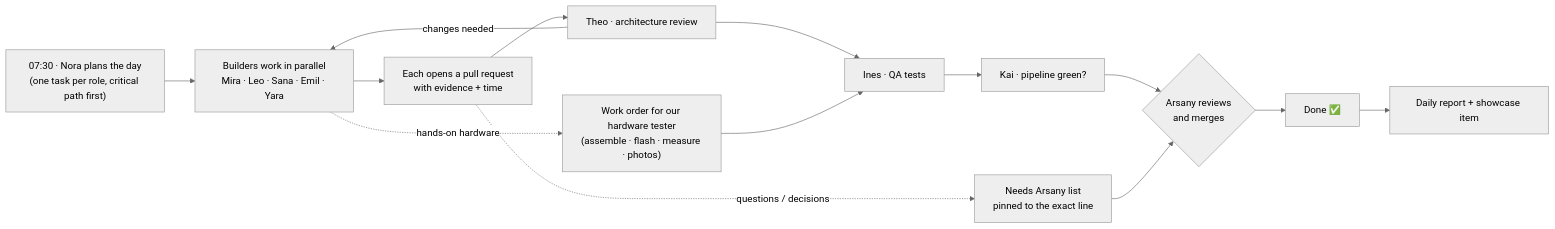
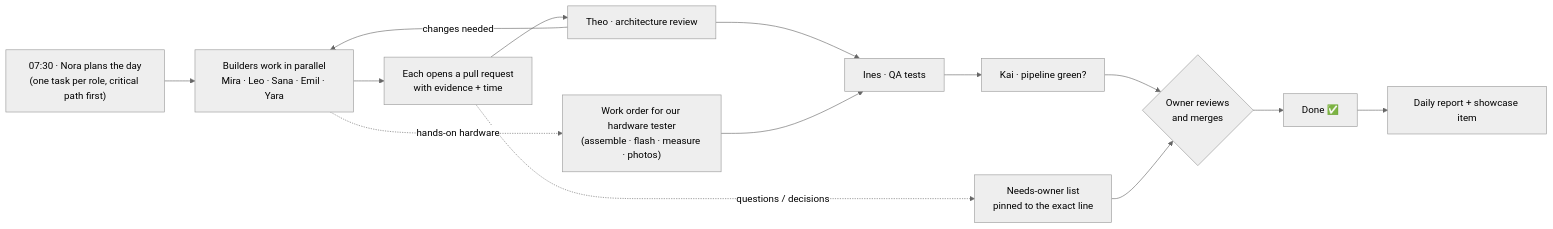
The first of 2 diagrams in showcase/workflow/team-workflow.md (nilwerk/nilwerk-lab), drawn with Mermaid (neutral theme) before and after one commit. The commit also changed other lines of this file and 3 other files, not shown here.

````diff
--- a/showcase/workflow/team-workflow.md
+++ b/showcase/workflow/team-workflow.md
@@ -26,16 +26,16 @@
 ```mermaid
 flowchart LR
   A["07:30 · Nora plans the day<br/>(one task per role, critical path first)"] --> B["Builders work in parallel<br/>Mira · Leo · Sana · Emil · Yara"]
   B --> C["Each opens a pull request<br/>with evidence + time"]
   C --> D["Theo · architecture review"]
   D -->|changes needed| B
   D --> E["Ines · QA tests"]
   E --> F["Kai · pipeline green?"]
-  F --> G{"Arsany reviews<br/>and merges"}
+  F --> G{"Owner reviews<br/>and merges"}
   G --> H["Done ✅"]
   B -. "hands-on hardware" .-> P["Work order for our hardware tester<br/>(assemble · flash · measure · photos)"]
   P --> E
-  C -. "questions / decisions" .-> N["Needs Arsany list<br/>pinned to the exact line"]
+  C -. "questions / decisions" .-> N["Needs-owner list<br/>pinned to the exact line"]
   N --> G
   H --> S["Daily report + showcase item"]
 ```
````
